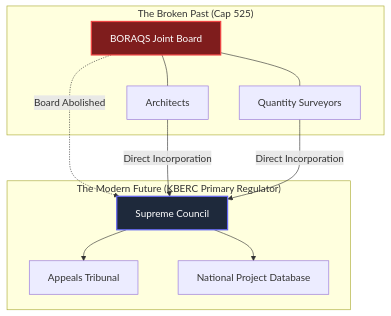
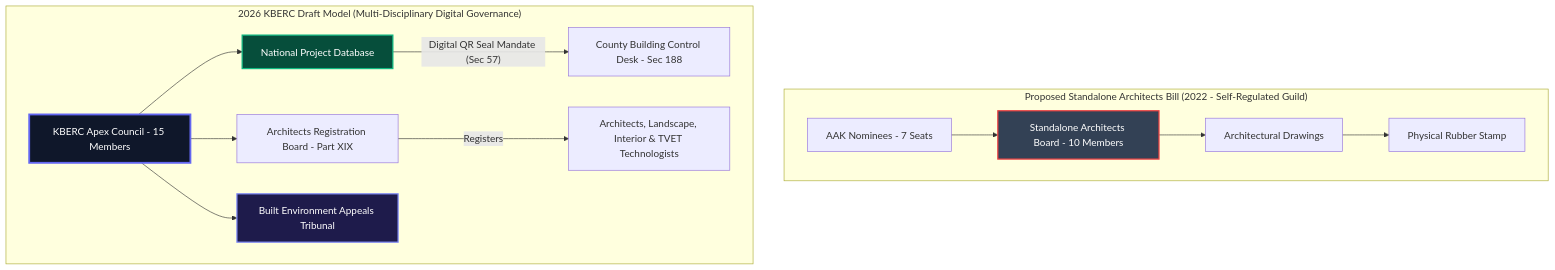
One commit to nyagonchonga/KBERC changed the diagram in frontend/src/content/comparisons/architects-bill.md. Above: the diagram before and after it, drawn with Mermaid. The commit also changed other lines of this file and 1 other file, not shown here.

Commit message:
feat(comparisons): exhaustive deep dive Architects Bill vs 2026 KBERC Draft with legal citations

````diff
--- a/frontend/src/content/comparisons/architects-bill.md
+++ b/frontend/src/content/comparisons/architects-bill.md
@@ -93,26 +96,32 @@
 ```mermaid
 graph TD
-    subgraph "The Broken Past (Cap 525)"
-        BORAQS[BORAQS Joint Board]
-        ARCH[Architects]
-        QS[Quantity Surveyors]
-        BORAQS --- ARCH
-        BORAQS --- QS
+    subgraph "Proposed Standalone Architects Bill (2022 - Self-Regulated Guild)"
+        AB[Standalone Architects Board - 10 Members]
+        AAK[AAK Nominees - 7 Seats]
+        PLANS1[Architectural Drawings]
+        STAMP1[Physical Rubber Stamp]
+        
+        AB --> PLANS1
+        PLANS1 --> STAMP1
+        AAK --> AB
     end
 
-    subgraph "The Modern Future (KBERC Primary Regulator)"
-        COUNCIL[Supreme Council]
-        BEAT[Appeals Tribunal]
+    subgraph "2026 KBERC Draft Model (Multi-Disciplinary Digital Governance)"
+        KBERC[KBERC Apex Council - 15 Members]
+        ARB[Architects Registration Board - Part XIX]
         NPD[National Project Database]
+        BEAT[Built Environment Appeals Tribunal]
         
-        COUNCIL --> BEAT
-        COUNCIL --> NPD
+        KBERC --> ARB
+        KBERC --> NPD
+        KBERC --> BEAT
+        
+        NPD -- "Digital QR Seal Mandate (Sec 57)" --> COUNTY[County Building Control Desk - Sec 188]
+        ARB -- "Registers" --> CADRES[Architects, Landscape, Interior & TVET Technologists]
     end
-    
-    BORAQS -. "Board Abolished" .-> COUNCIL
-    ARCH -- "Direct Incorporation" --> COUNCIL
-    QS -- "Direct Incorporation" --> COUNCIL
 
-    style BORAQS fill:#7f1d1d,stroke:#ef4444,stroke-width:2px,color:#fff
-    style COUNCIL fill:#1e293b,stroke:#6366f1,stroke-width:2px,color:#fff
+    style AB fill:#334155,stroke:#ef4444,stroke-width:2px,color:#fff
+    style KBERC fill:#0f172a,stroke:#6366f1,stroke-width:3px,color:#fff
+    style NPD fill:#064e3b,stroke:#10b981,stroke-width:2px,color:#fff
+    style BEAT fill:#1e1b4b,stroke:#818cf8,stroke-width:2px,color:#fff
 ```
````
